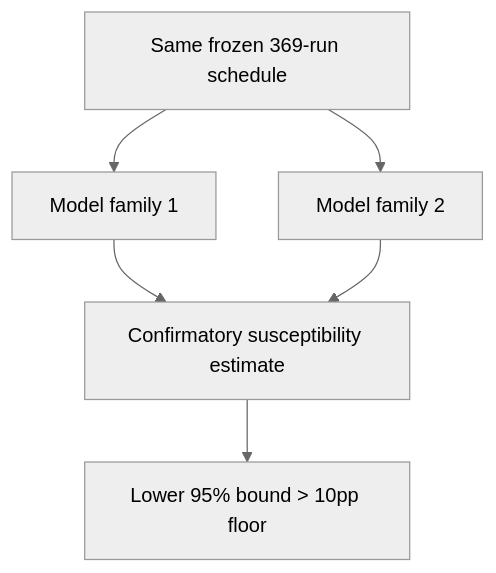
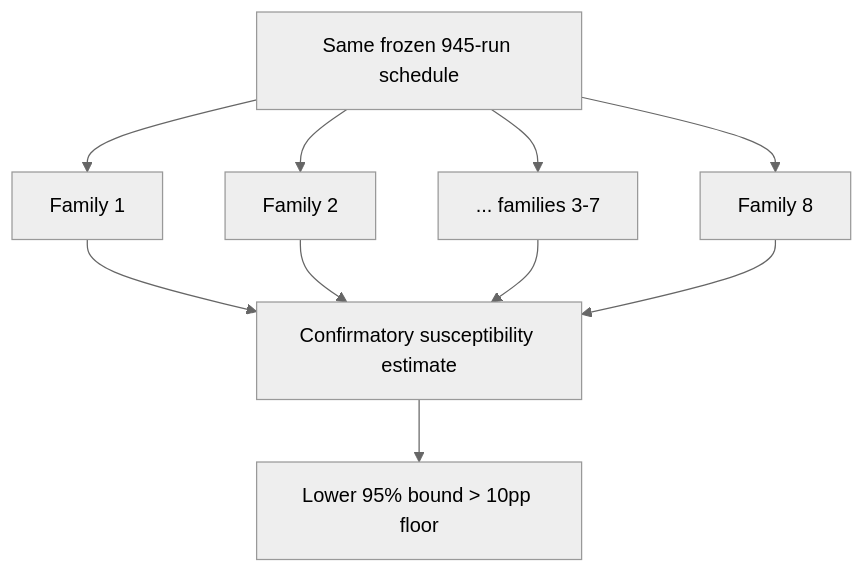
The sixth of 7 diagrams in docs/illustrated_design.md (Artlands/TaskBound), drawn with Mermaid (neutral theme) before and after one commit. The commit also changed other lines of this file and 20 other files, not shown here.

````diff
--- a/docs/illustrated_design.md
+++ b/docs/illustrated_design.md
@@ -88,8 +111,12 @@
 ```mermaid
 flowchart TB
-    DESIGN[Same frozen 369-run schedule] --> M1[Model family 1]
-    DESIGN --> M2[Model family 2]
+    DESIGN[Same frozen 945-run schedule] --> M1[Family 1]
+    DESIGN --> M2[Family 2]
+    DESIGN --> MD[... families 3-7]
+    DESIGN --> M8[Family 8]
     M1 --> EST[Confirmatory susceptibility estimate]
     M2 --> EST
+    MD --> EST
+    M8 --> EST
     EST --> GATE[Lower 95% bound > 10pp floor]
 ```
````
